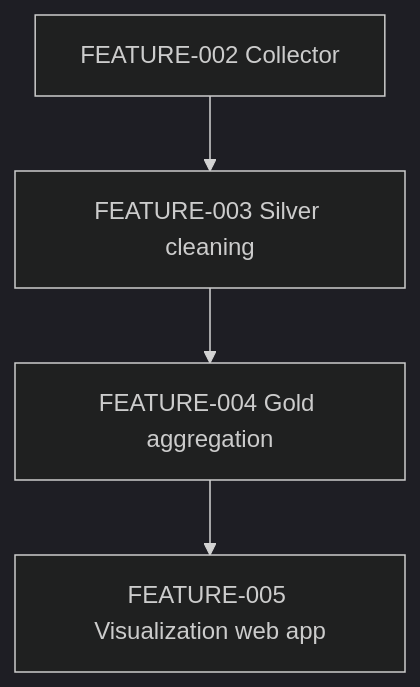
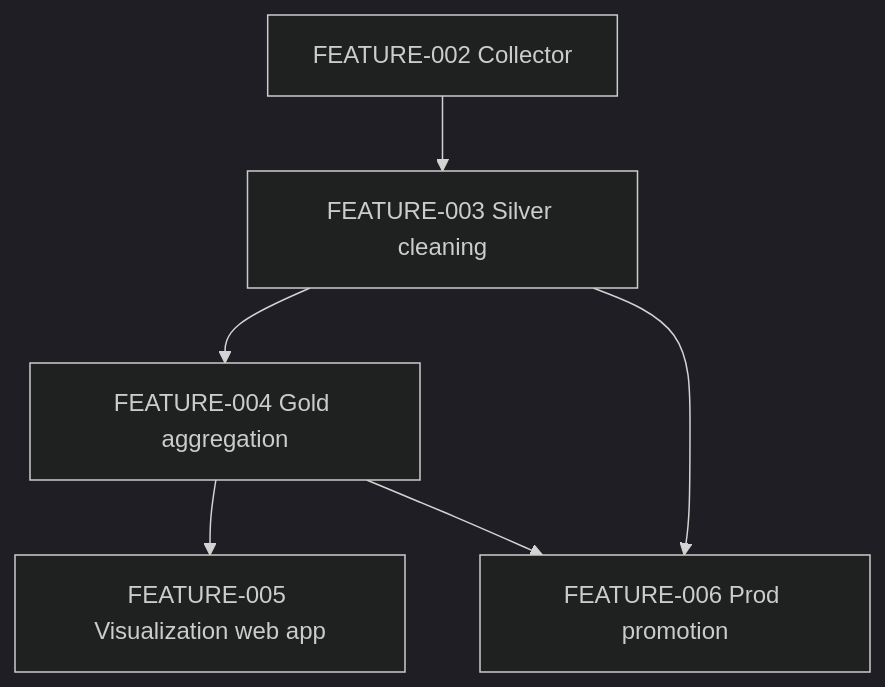
Before and after one commit to LeopoldWalther/vlc-real-estate-analytics: the diagram in dev/plans/README.md, drawn with Mermaid (dark theme). The commit also changed other lines of this file and 3 other files, not shown here.

````diff
--- a/dev/plans/README.md
+++ b/dev/plans/README.md
@@ -20,6 +21,8 @@
 ```mermaid
 graph TD
     F002[FEATURE-002 Collector] --> F003[FEATURE-003 Silver cleaning]
     F003 --> F004[FEATURE-004 Gold aggregation]
     F004 --> F005[FEATURE-005 Visualization web app]
+    F003 --> F006[FEATURE-006 Prod promotion]
+    F004 --> F006
 ```
````
